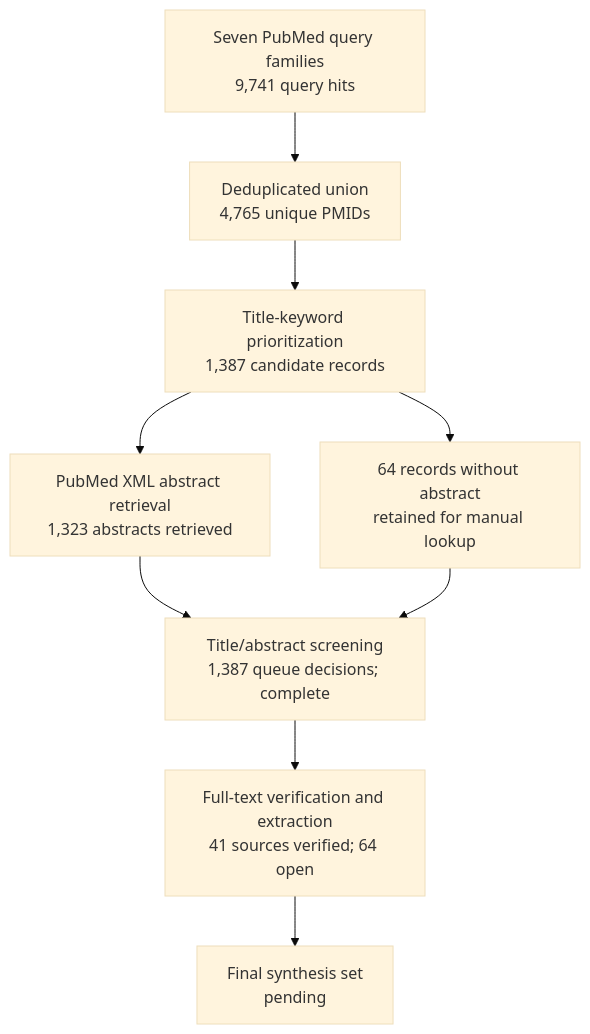
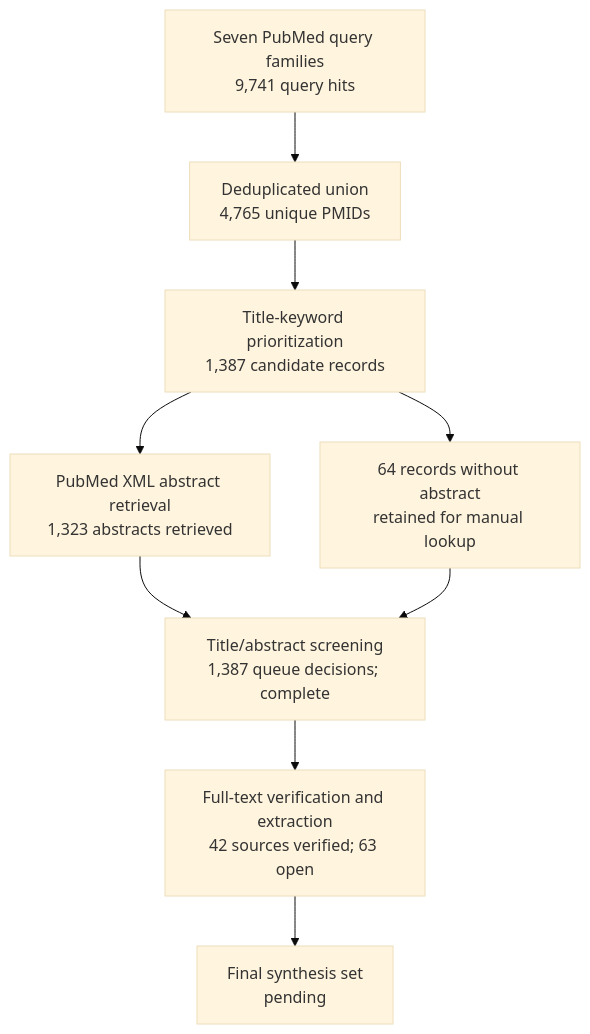
Before and after one commit to dcmcshan/artemisia: the diagram in manuscript/review-flow.md, drawn with Mermaid (base theme). The commit also changed other lines of this file and 13 other files, not shown here.

Commit message:
Extend wormwood full-text evidence

````diff
--- a/manuscript/review-flow.md
+++ b/manuscript/review-flow.md
@@ -5,11 +5,11 @@
 ```mermaid
 flowchart TB
   Q[Seven PubMed query families<br/>9,741 query hits] --> U[Deduplicated union<br/>4,765 unique PMIDs]
   U --> T[Title-keyword prioritization<br/>1,387 candidate records]
   T --> A[PubMed XML abstract retrieval<br/>1,323 abstracts retrieved]
   T --> N[64 records without abstract<br/>retained for manual lookup]
   A --> M[Title/abstract screening<br/>1,387 queue decisions; complete]
   N --> M
-  M --> F[Full-text verification and extraction<br/>41 sources verified; 64 open]
+  M --> F[Full-text verification and extraction<br/>42 sources verified; 63 open]
   F --> S[Final synthesis set<br/>pending]
 ```
````
